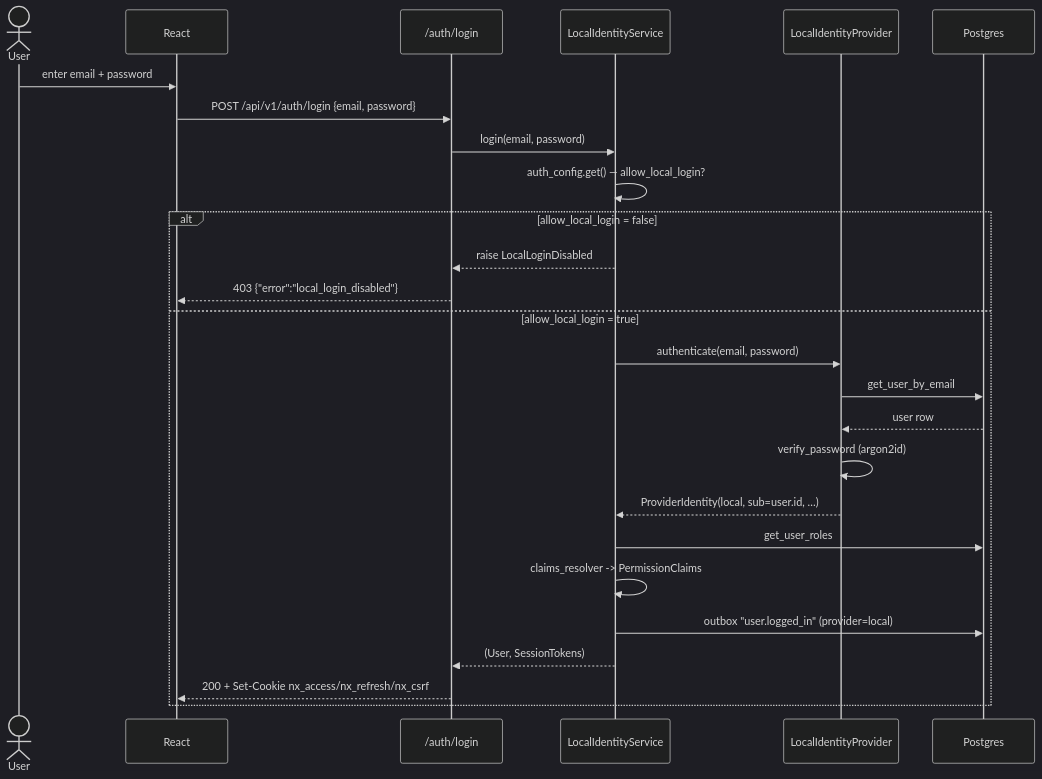
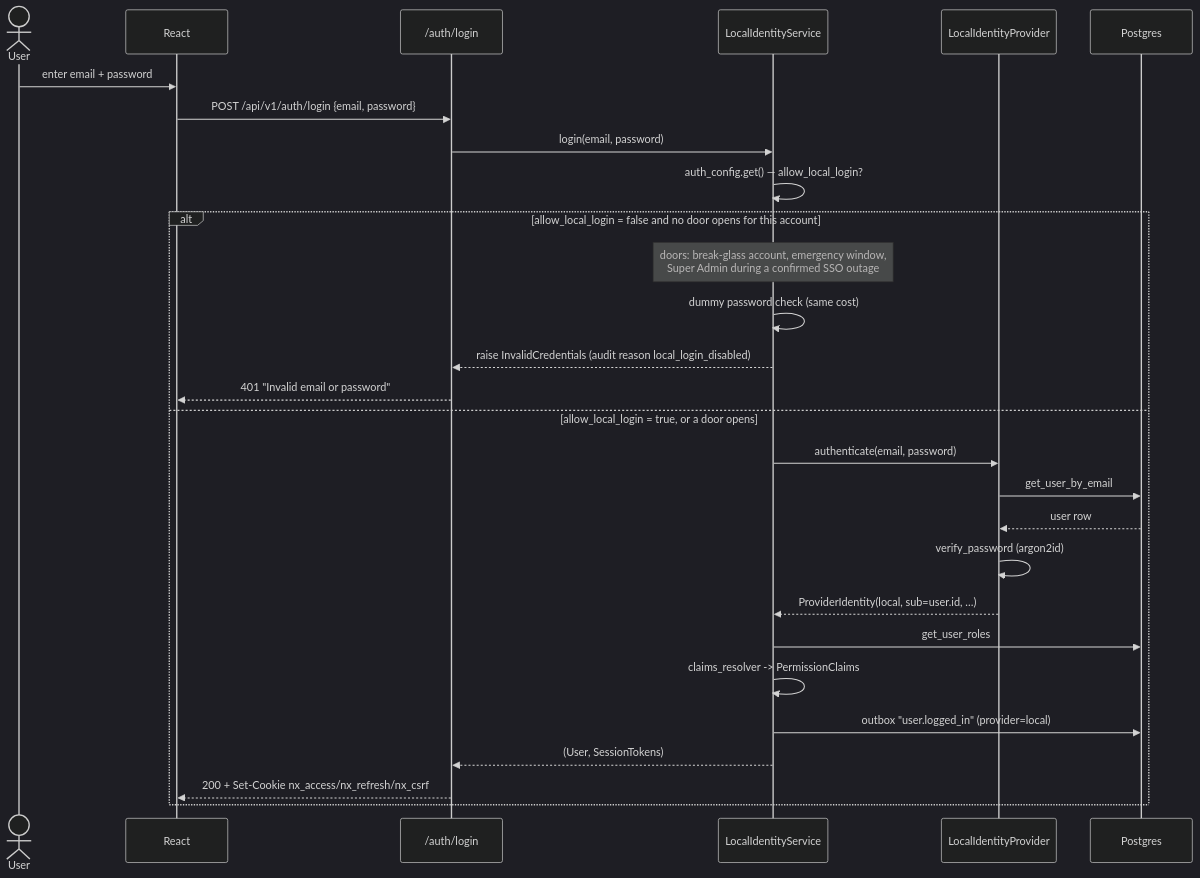
The third of 16 diagrams in docs/SSO_INTEGRATION.md (rkrumins/dataviz), drawn with Mermaid (dark theme) before and after one commit. The commit also changed other lines of this file and 91 other files, not shown here.

````diff
--- a/docs/SSO_INTEGRATION.md
+++ b/docs/SSO_INTEGRATION.md
@@ -560,28 +560,30 @@
 ```mermaid
 sequenceDiagram
     actor U as User
     participant FE as React
     participant R as /auth/login
     participant Svc as LocalIdentityService
     participant Local as LocalIdentityProvider
     participant DB as Postgres
     U->>FE: enter email + password
     FE->>R: POST /api/v1/auth/login {email, password}
     R->>Svc: login(email, password)
     Svc->>Svc: auth_config.get() — allow_local_login?
-    alt allow_local_login = false
-        Svc-->>R: raise LocalLoginDisabled
-        R-->>FE: 403 {"error":"local_login_disabled"}
-    else allow_local_login = true
+    alt allow_local_login = false and no door opens for this account
+        Note over Svc: doors: break-glass account, emergency window,<br/>Super Admin during a confirmed SSO outage
+        Svc->>Svc: dummy password check (same cost)
+        Svc-->>R: raise InvalidCredentials (audit reason local_login_disabled)
+        R-->>FE: 401 "Invalid email or password"
+    else allow_local_login = true, or a door opens
         Svc->>Local: authenticate(email, password)
         Local->>DB: get_user_by_email
         DB-->>Local: user row
         Local->>Local: verify_password (argon2id)
         Local-->>Svc: ProviderIdentity(local, sub=user.id, …)
         Svc->>DB: get_user_roles
         Svc->>Svc: claims_resolver -> PermissionClaims
         Svc->>DB: outbox "user.logged_in" (provider=local)
         Svc-->>R: (User, SessionTokens)
         R-->>FE: 200 + Set-Cookie nx_access/nx_refresh/nx_csrf
     end
 ```
````
